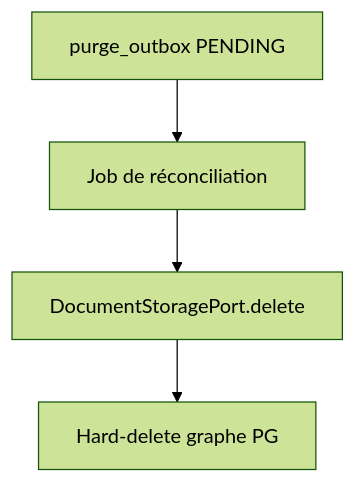
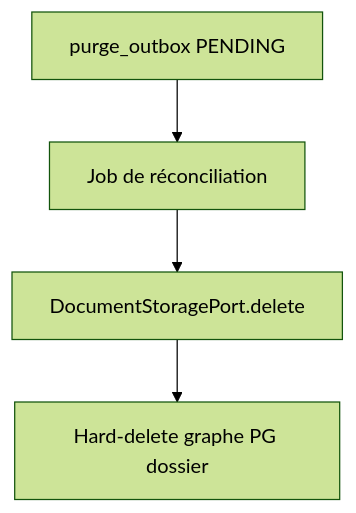
One commit to superjojo79/Myrmacta changed the diagram in docs/ai/design/2026-08-19-feature-purge-stockage.md. Above: the diagram before and after it, drawn with Mermaid (forest theme). The commit also changed other lines of this file and 1 other file, not shown here.

First line of the commit message:
docs(purge-stockage): Q4 actée — graphe PG dossier complet

````diff
--- a/docs/ai/design/2026-08-19-feature-purge-stockage.md
+++ b/docs/ai/design/2026-08-19-feature-purge-stockage.md
@@ -22,6 +22,6 @@
 ```mermaid
 flowchart TD
   ob[purge_outbox PENDING] --> job[Job de réconciliation]
   job --> store[DocumentStoragePort.delete]
-  store --> pg[Hard-delete graphe PG]
+  store --> pg[Hard-delete graphe PG dossier]
 ```
````
